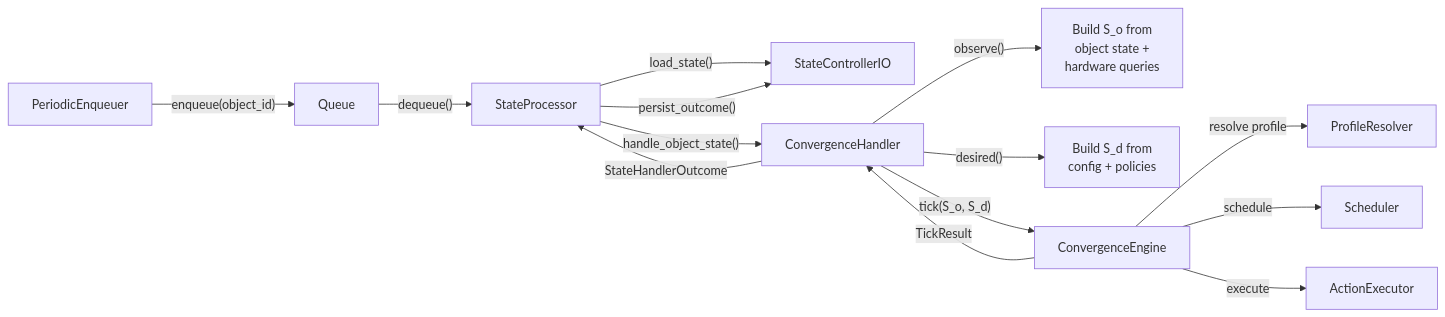
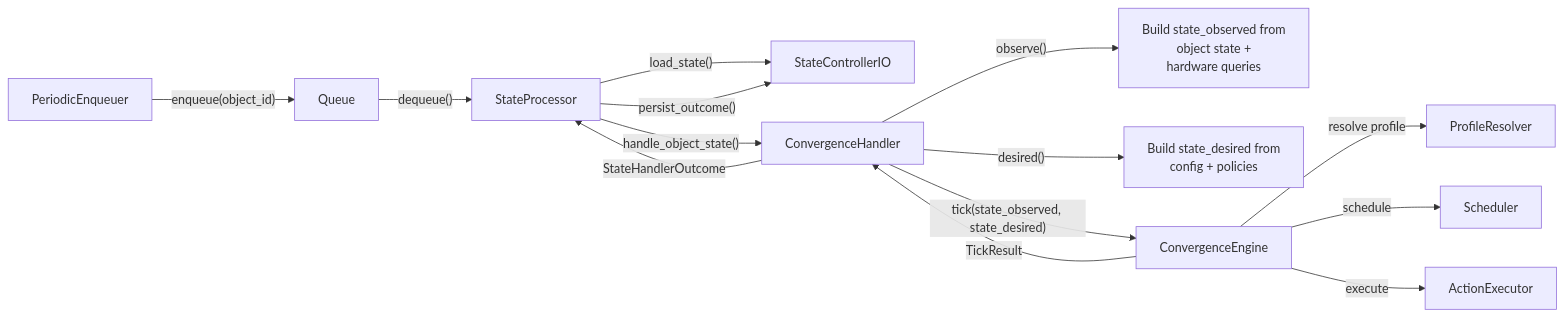
Before and after one commit to NVIDIA/ncx-infra-controller-core: the second of 3 diagrams in book/src/design/convergence-engine/README.md, drawn with Mermaid. The commit also changed other lines of this file and 9 other files, not shown here.

Commit message:
doc: convergence engine

````diff
--- a/book/src/design/convergence-engine/README.md
+++ b/book/src/design/convergence-engine/README.md
@@ -504,19 +236,19 @@
 ```mermaid
 flowchart LR
     PE[PeriodicEnqueuer] -->|"enqueue(object_id)"| Q[Queue]
     Q -->|"dequeue()"| SP[StateProcessor]
     SP -->|"load_state()"| IO[StateControllerIO]
     SP -->|"handle_object_state()"| CH[ConvergenceHandler]
-    CH -->|"observe()"| OBS["Build S_o from
+    CH -->|"observe()"| OBS["Build state_observed from
         object state +
         hardware queries"]
-    CH -->|"desired()"| DES["Build S_d from
+    CH -->|"desired()"| DES["Build state_desired from
         config + policies"]
-    CH -->|"tick(S_o, S_d)"| ENG[ConvergenceEngine]
+    CH -->|"tick(state_observed, state_desired)"| ENG[ConvergenceEngine]
     ENG -->|resolve profile| PR[ProfileResolver]
     ENG -->|schedule| SCH[Scheduler]
     ENG -->|execute| EX[ActionExecutor]
     ENG -->|"TickResult"| CH
     CH -->|"StateHandlerOutcome"| SP
     SP -->|"persist_outcome()"| IO
 ```
````
